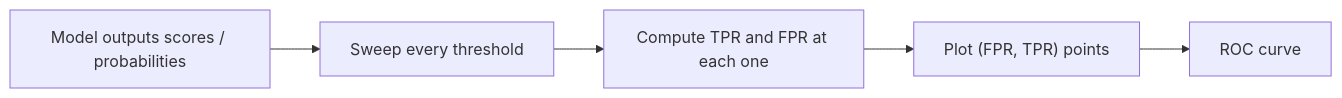
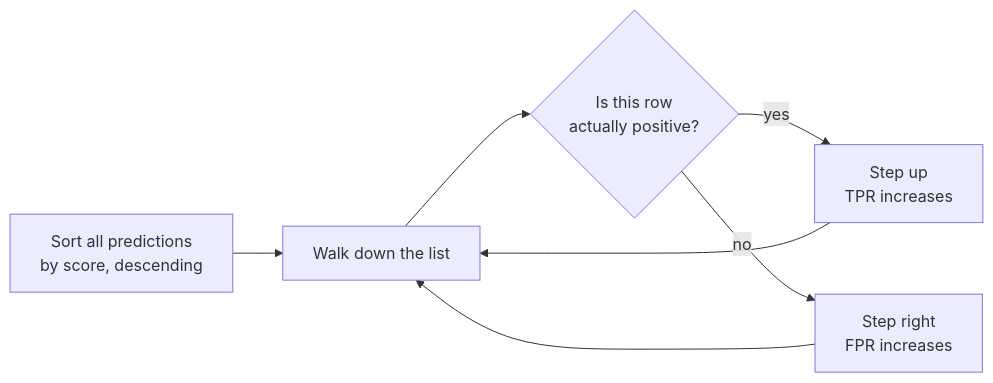
The diagram in src/content/docs/Machine Learning/Phase 04 - Supervised Learning - Classification/The ROC Curve and AUC.mdx (Ravikisha/PythonCentralHub), drawn with Mermaid before and after one commit. The commit also changed other lines of this file and 1327 other files, not shown here.

````diff
--- a/src/content/docs/Machine Learning/Phase 04 - Supervised Learning - Classification/The ROC Curve and AUC.mdx
+++ b/src/content/docs/Machine Learning/Phase 04 - Supervised Learning - Classification/The ROC Curve and AUC.mdx
@@ -28,7 +33,9 @@
-```mermaid title="Building a ROC curve" desc="Every threshold produces one (FPR, TPR) point; plotting all of them traces the curve."
+```mermaid
 flowchart LR
-  S["Model outputs scores / probabilities"] --> T["Sweep every threshold"]
-  T --> R["Compute TPR and FPR at each one"]
-  R --> C["Plot (FPR, TPR) points"]
-  C --> Curve["ROC curve"]
+  A["Sort all predictions<br/>by score, descending"] --> B["Walk down the list"]
+  B --> C{"Is this row<br/>actually positive?"}
+  C -->|yes| U["Step up<br/>TPR increases"]
+  C -->|no| R["Step right<br/>FPR increases"]
+  U --> B
+  R --> B
 ```
````
